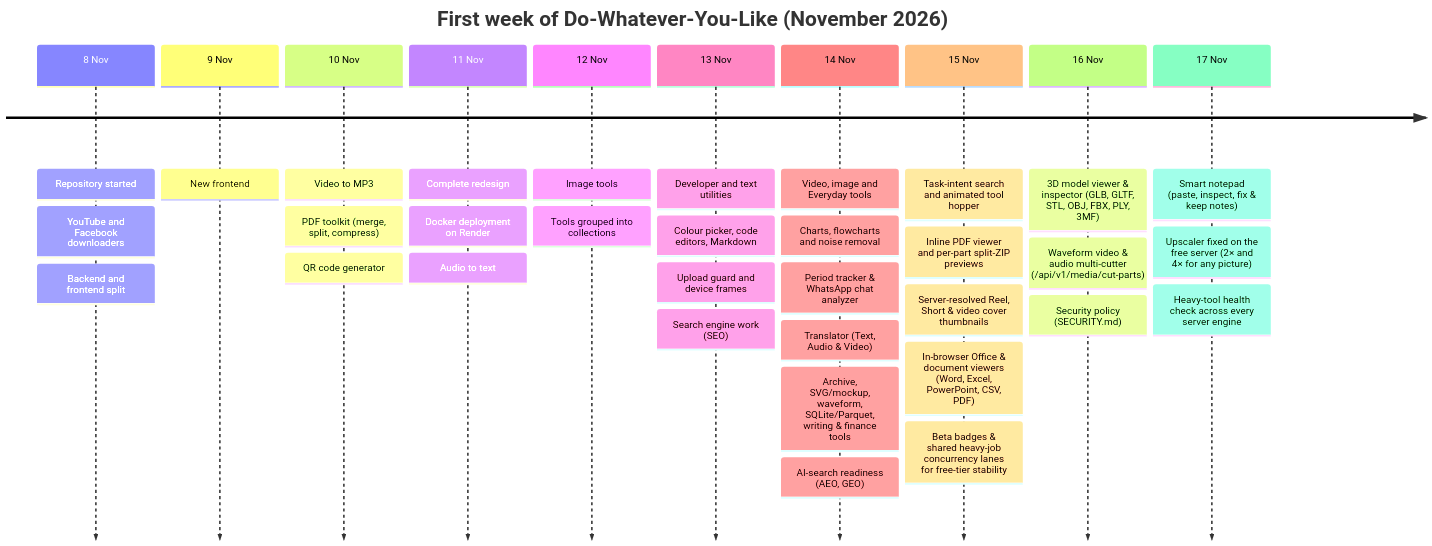
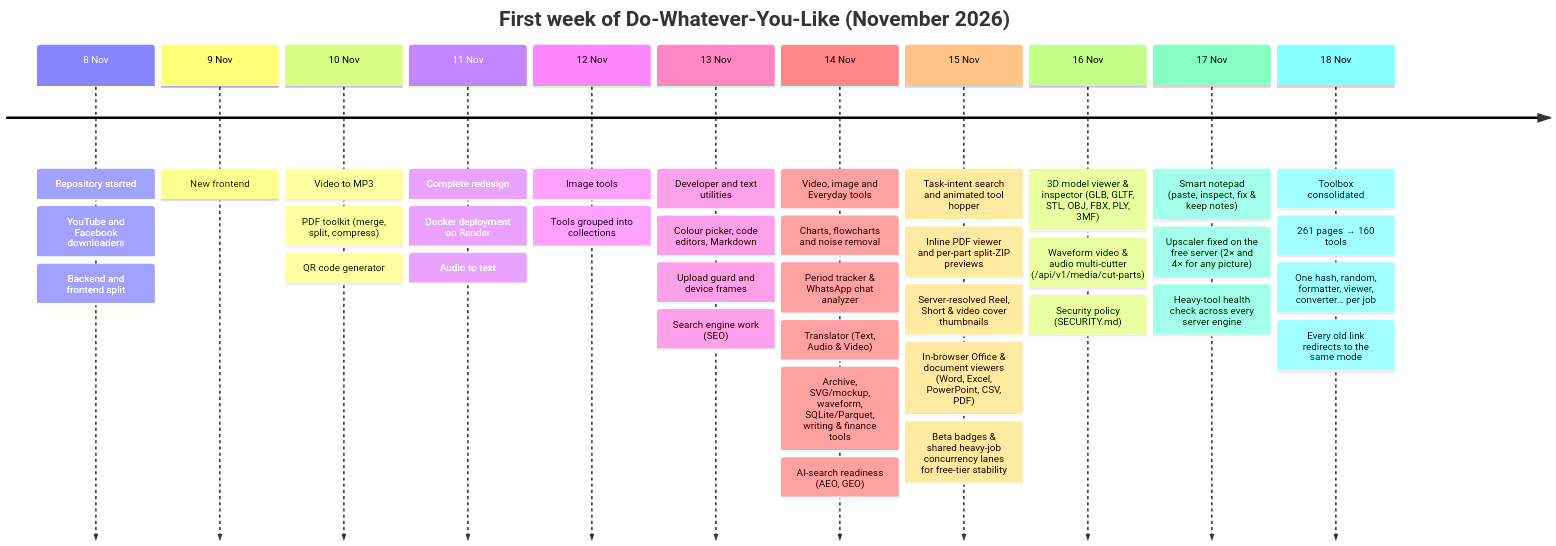
One commit to colddsam/do-whatever-you-like changed the first of 3 diagrams in README.md. Above: the diagram before and after it, drawn with Mermaid. The commit also changed other lines of this file and 19 other files, not shown here.

````diff
--- a/README.md
+++ b/README.md
@@ -417,37 +386,40 @@
 ```mermaid
 timeline
     title First week of Do-Whatever-You-Like (November 2026)
     8 Nov : Repository started
           : YouTube and Facebook downloaders
           : Backend and frontend split
     9 Nov : New frontend
     10 Nov : Video to MP3
            : PDF toolkit (merge, split, compress)
            : QR code generator
     11 Nov : Complete redesign
            : Docker deployment on Render
            : Audio to text
     12 Nov : Image tools
            : Tools grouped into collections
     13 Nov : Developer and text utilities
            : Colour picker, code editors, Markdown
            : Upload guard and device frames
            : Search engine work (SEO)
     14 Nov : Video, image and Everyday tools
            : Charts, flowcharts and noise removal
            : Period tracker & WhatsApp chat analyzer
            : Translator (Text, Audio & Video)
            : Archive, SVG/mockup, waveform, SQLite/Parquet, writing & finance tools
            : AI-search readiness (AEO, GEO)
     15 Nov : Task-intent search and animated tool hopper
            : Inline PDF viewer and per-part split-ZIP previews
            : Server-resolved Reel, Short & video cover thumbnails
            : In-browser Office & document viewers (Word, Excel, PowerPoint, CSV, PDF)
            : Beta badges & shared heavy-job concurrency lanes for free-tier stability
     16 Nov : 3D model viewer & inspector (GLB, GLTF, STL, OBJ, FBX, PLY, 3MF)
            : Waveform video & audio multi-cutter (/api/v1/media/cut-parts)
            : Security policy (SECURITY.md)
     17 Nov : Smart notepad (paste, inspect, fix & keep notes)
            : Upscaler fixed on the free server (2× and 4× for any picture)
            : Heavy-tool health check across every server engine
+    18 Nov : Toolbox consolidated: 261 pages → 160 tools
+           : One hash, random, formatter, viewer, converter… per job
+           : Every old link redirects to the same mode
 ```
````
